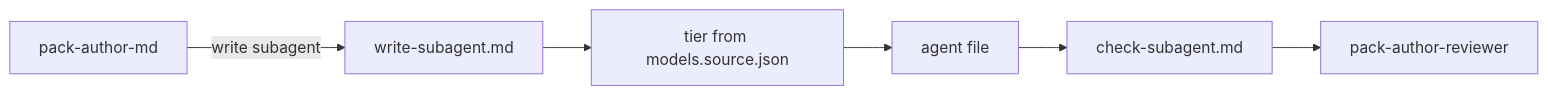
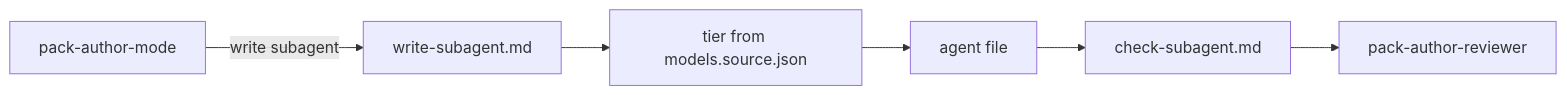
The second of 2 diagrams in docs/pbi/squad/ps02-pack-author-write-subagent.md (svennijhuis/agentPacks), drawn with Mermaid before and after one commit. The commit also changed other lines of this file and 27 other files, not shown here.

Commit message:
docs(pbi/squad): hubs renamed to poteto style -mode (squad-mode, pack-author-mode, pack-check-mode, statechart-mode, scenarios-mode, security-audit-mode); old -md dirs move with pointer until GA07; today paths keep main names

````diff
--- a/docs/pbi/squad/ps02-pack-author-write-subagent.md
+++ b/docs/pbi/squad/ps02-pack-author-write-subagent.md
@@ -155,6 +155,6 @@
 ```mermaid
 flowchart LR
-  H["pack-author-md"] -->|write subagent| W["write-subagent.md"]
+  H["pack-author-mode"] -->|write subagent| W["write-subagent.md"]
   W --> T["tier from models.source.json"] --> F["agent file"]
   F --> C["check-subagent.md"] --> R["pack-author-reviewer"]
 ```
````
